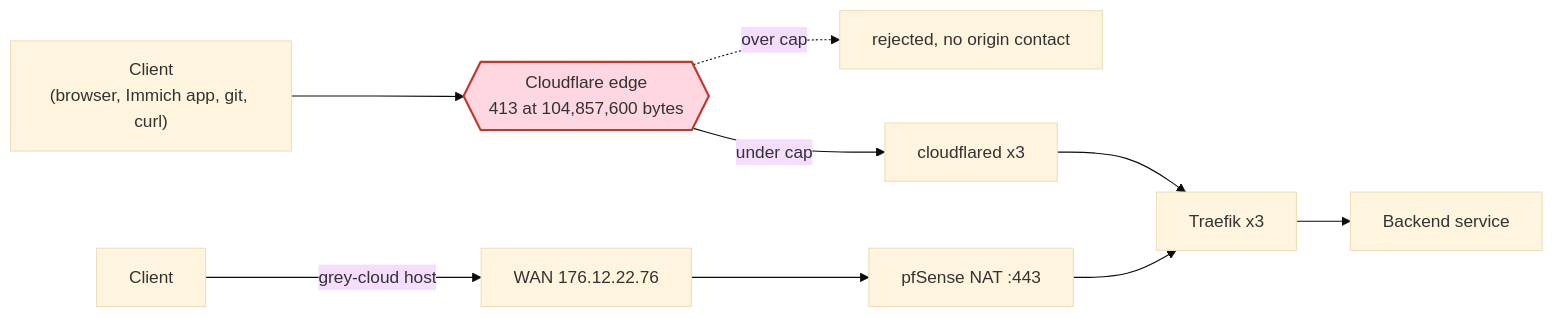
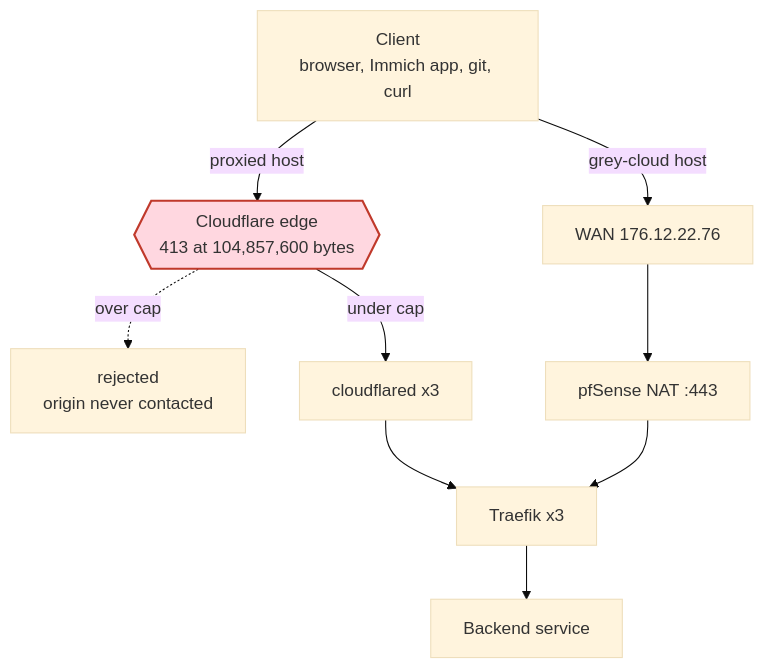
Before and after one commit to ViktorBarzin/infra: the diagram in docs/adr/0026-cloudflare-100mb-upload-cap.md, drawn with Mermaid (base theme).

Commit message:
docs: lay ADR-0026's request-path diagram out top-down so it fits the page
The left-to-right version ran wider than the rendered page and lost its right
edge, so the rejected branch and the pfSense hop were invisible on the published
page. Same nodes, same edges, stacked instead of strung out.

````diff
--- a/docs/adr/0026-cloudflare-100mb-upload-cap.md
+++ b/docs/adr/0026-cloudflare-100mb-upload-cap.md
@@ -34,8 +34,13 @@
 ```mermaid
-flowchart LR
-  C["Client<br/>(browser, Immich app, git, curl)"] --> E{{"Cloudflare edge<br/>413 at 104,857,600 bytes"}}
-  E -."over cap".-> X["rejected, no origin contact"]
-  E -->|under cap| CD["cloudflared x3"] --> T["Traefik x3"] --> B["Backend service"]
-  C2["Client"] -->|"grey-cloud host"| W["WAN 176.12.22.76"] --> P["pfSense NAT :443"] --> T
+flowchart TB
+  C["Client<br/>browser, Immich app, git, curl"]
+  C -->|proxied host| E{{"Cloudflare edge<br/>413 at 104,857,600 bytes"}}
+  E -.->|over cap| X["rejected<br/>origin never contacted"]
+  E -->|under cap| CD["cloudflared x3"]
+  CD --> T["Traefik x3"]
+  C -->|grey-cloud host| W["WAN 176.12.22.76"]
+  W --> P["pfSense NAT :443"]
+  P --> T
+  T --> B["Backend service"]
   style E fill:#ffd7e0,stroke:#c0392b,stroke-width:2px
 ```
````
